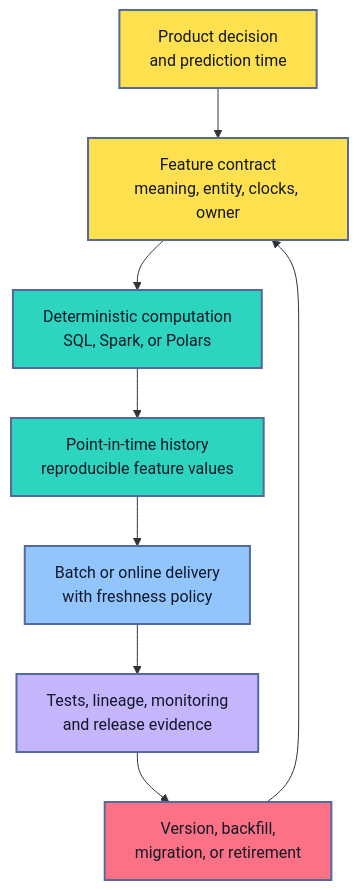
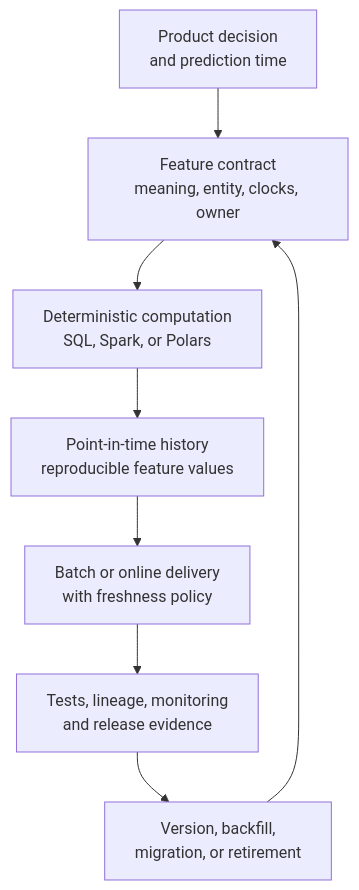
One commit to senlinyy/dev-roadmaps changed the first of 7 diagrams in roadmaps/mlops/modules/data-for-ml-systems/feature-management/01-feature-engineering-in-production.md. Above: the diagram before and after it, drawn with Mermaid. The commit also changed other lines of this file and 152 other files, not shown here.

Commit message:
feat: mlops and diagrams updated

````diff
--- a/roadmaps/mlops/modules/data-for-ml-systems/feature-management/01-feature-engineering-in-production.md
+++ b/roadmaps/mlops/modules/data-for-ml-systems/feature-management/01-feature-engineering-in-production.md
@@ -41,21 +43,16 @@
 ```mermaid
 flowchart TD
     Intent["Product decision<br/>and prediction time"] --> Contract["Feature contract<br/>meaning, entity, clocks, owner"]
     Contract --> Compute["Deterministic computation<br/>SQL, Spark, or Polars"]
     Compute --> History["Point-in-time history<br/>reproducible feature values"]
     History --> Delivery["Batch or online delivery<br/>with freshness policy"]
     Delivery --> Evidence["Tests, lineage, monitoring<br/>and release evidence"]
     Evidence --> Change["Version, backfill,<br/>migration, or retirement"]
     Change --> Contract
 
-    classDef yellow fill:#FFE04F,stroke:#536A9A,color:#111827,stroke-width:2px;
-    classDef teal fill:#2DD4BF,stroke:#536A9A,color:#111827,stroke-width:2px;
-    classDef blue fill:#93C5FD,stroke:#536A9A,color:#111827,stroke-width:2px;
-    classDef pink fill:#FB7185,stroke:#536A9A,color:#111827,stroke-width:2px;
-    classDef purple fill:#C4B5FD,stroke:#536A9A,color:#111827,stroke-width:2px;
     class Intent,Contract yellow;
     class Compute,History teal;
     class Delivery blue;
     class Evidence purple;
     class Change pink;
 ```
````
